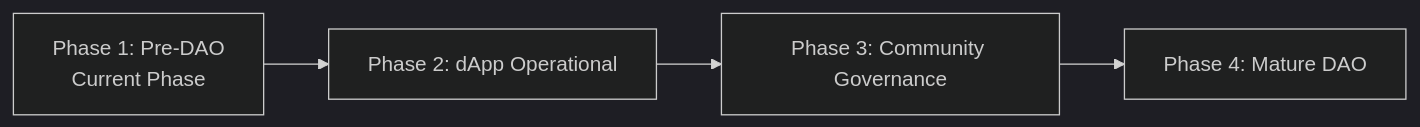
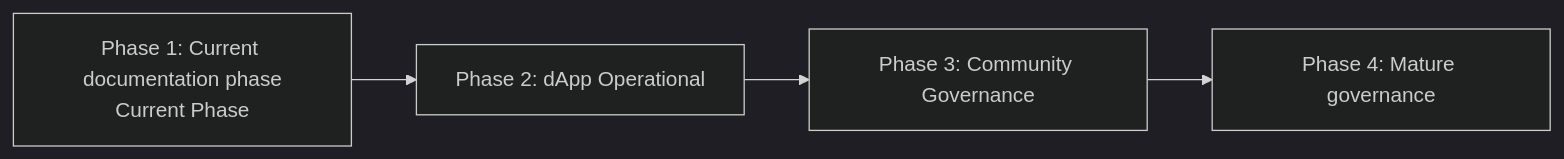
Diagram 12 of 21 in WHITEPAPER.md (Celo-HaiTi/CeloHT), drawn with Mermaid (dark theme) before and after one commit. The commit also changed other lines of this file and 12 other files, not shown here.

````diff
--- a/WHITEPAPER.md
+++ b/WHITEPAPER.md
@@ -687,6 +687,6 @@
 ```mermaid
 flowchart LR
-    A[Phase 1: Pre-DAO<br/>Current Phase] --> B[Phase 2: dApp Operational]
+    A[Phase 1: Current documentation phase<br/>Current Phase] --> B[Phase 2: dApp Operational]
     B --> C[Phase 3: Community Governance]
-    C --> D[Phase 4: Mature DAO]
+    C --> D[Phase 4: Mature governance]
 ```
````
